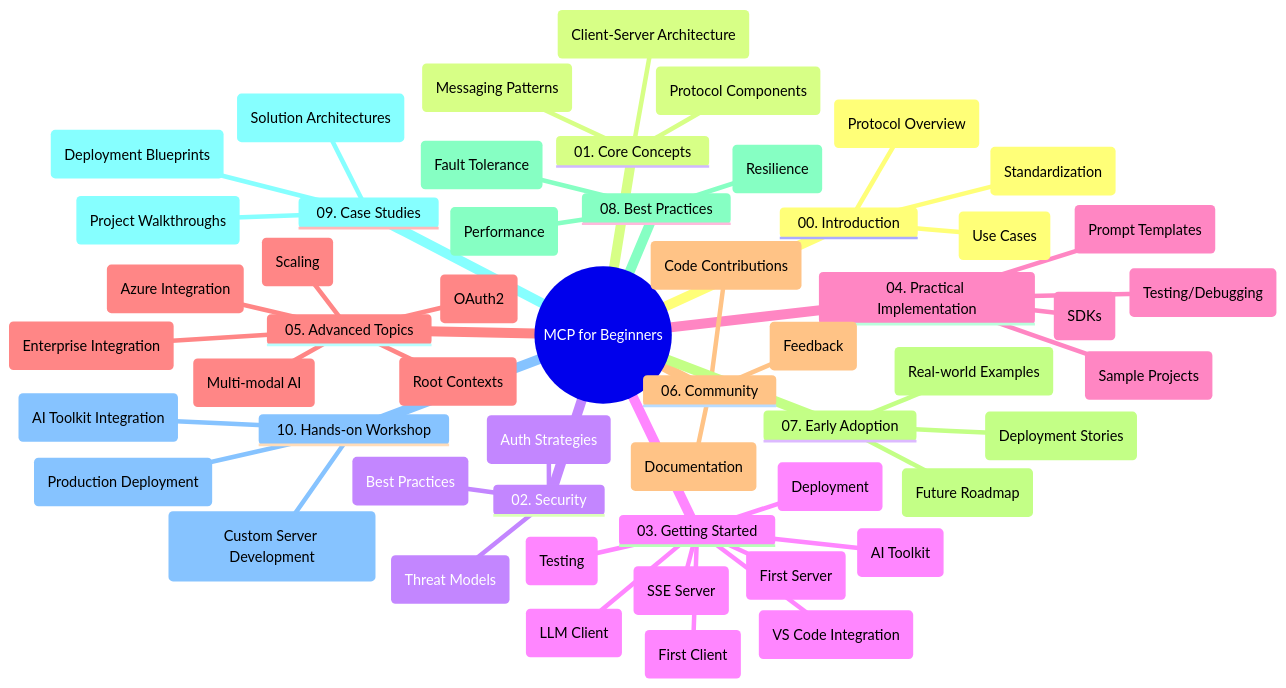
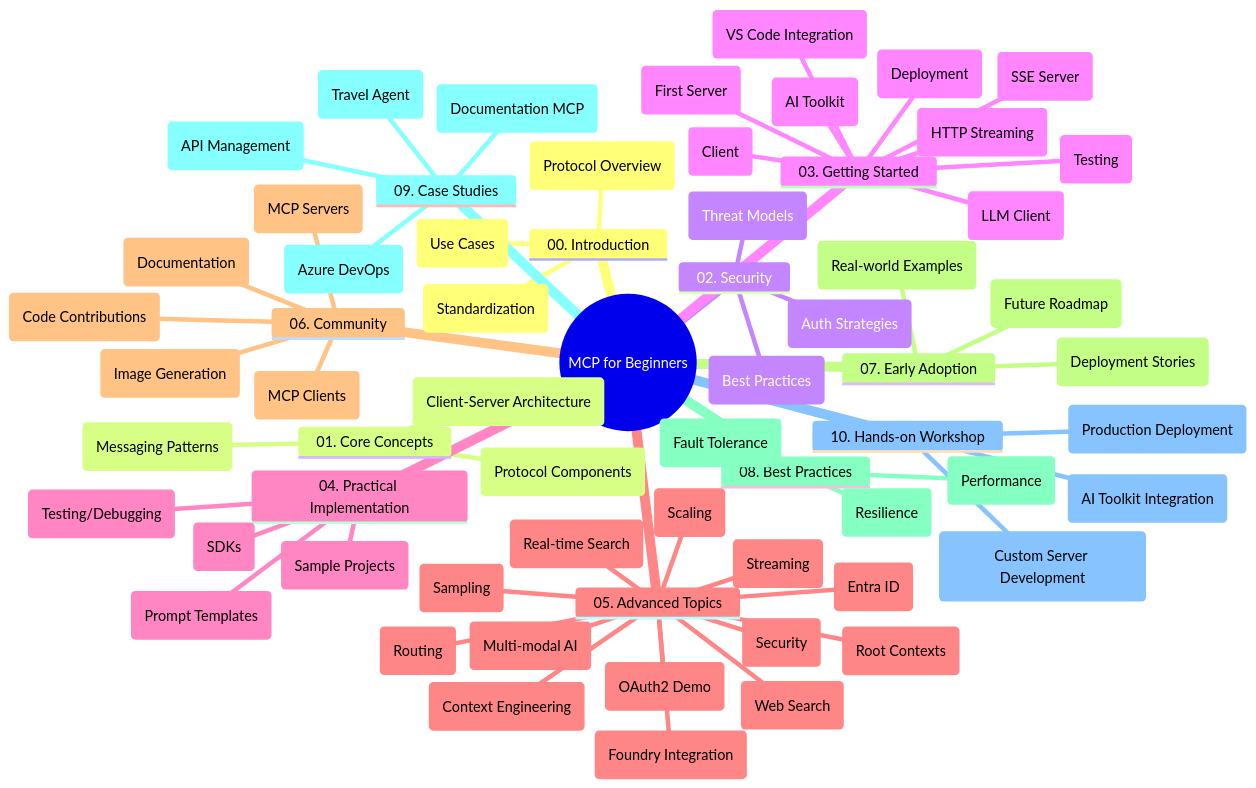
One commit to tlcraft/mcp-for-beginners changed the diagram in translations/de/study_guide.md. Above: the diagram before and after it, drawn with Mermaid. The commit also changed other lines of this file and 323 other files, not shown here.

````diff
--- a/translations/de/study_guide.md
+++ b/translations/de/study_guide.md
@@ -20,68 +20,80 @@
 ```mermaid
 mindmap
   root((MCP for Beginners))
     00. Introduction
       ::icon(fa fa-book)
       (Protocol Overview)
       (Standardization)
       (Use Cases)
     01. Core Concepts
       ::icon(fa fa-puzzle-piece)
       (Client-Server Architecture)
       (Protocol Components)
       (Messaging Patterns)
     02. Security
       ::icon(fa fa-shield)
       (Threat Models)
       (Best Practices)
       (Auth Strategies)
     03. Getting Started
       ::icon(fa fa-rocket)
       (First Server)
-      (First Client)
+      (Client)
       (LLM Client)
       (VS Code Integration)
       (SSE Server)
+      (HTTP Streaming)
       (AI Toolkit)
       (Testing)
       (Deployment)
     04. Practical Implementation
       ::icon(fa fa-code)
       (SDKs)
       (Testing/Debugging)
       (Prompt Templates)
       (Sample Projects)
     05. Advanced Topics
       ::icon(fa fa-graduation-cap)
+      (Context Engineering)
+      (Foundry Integration)
       (Multi-modal AI)
+      (OAuth2 Demo)
+      (Real-time Search)
+      (Streaming)
+      (Root Contexts)
+      (Routing)
+      (Sampling)
       (Scaling)
-      (Enterprise Integration)
-      (Azure Integration)
-      (OAuth2)
-      (Root Contexts)
+      (Security)
+      (Entra ID)
+      (Web Search)
+      
     06. Community
       ::icon(fa fa-users)
       (Code Contributions)
       (Documentation)
-      (Feedback)
+      (MCP Clients)
+      (MCP Servers)
+      (Image Generation)
     07. Early Adoption
       ::icon(fa fa-lightbulb)
       (Real-world Examples)
       (Deployment Stories)
       (Future Roadmap)
     08. Best Practices
       ::icon(fa fa-check)
       (Performance)
       (Fault Tolerance)
       (Resilience)
     09. Case Studies
       ::icon(fa fa-file-text)
-      (Solution Architectures)
-      (Deployment Blueprints)
-      (Project Walkthroughs)
+      (API Management)
+      (Travel Agent)
+      (Azure DevOps)
+      (Documentation MCP)
     10. Hands-on Workshop
       ::icon(fa fa-laptop)
       (AI Toolkit Integration)
       (Custom Server Development)
       (Production Deployment)
 ```
````
